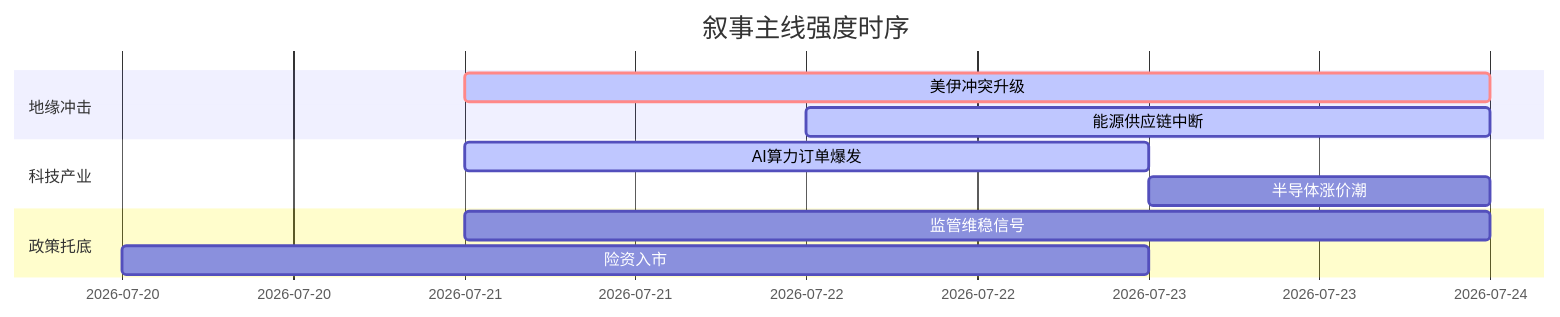
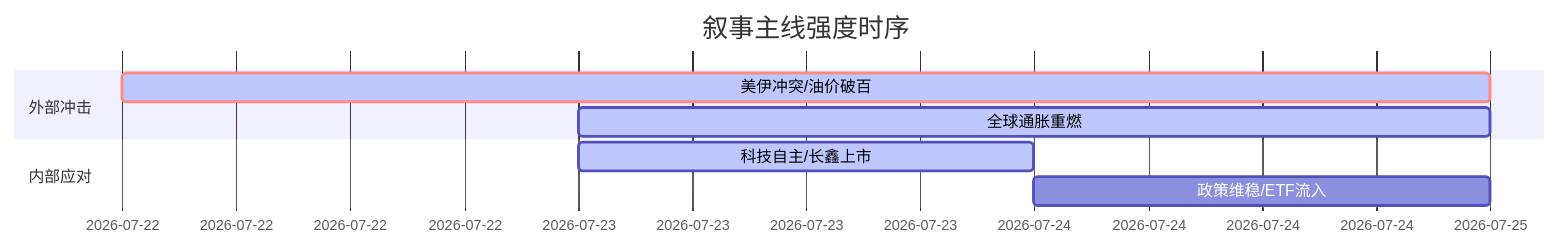
Before and after one commit to uu5zn/uu5zn.github.io: the diagram in 5day_report.md, drawn with Mermaid. The commit also changed other lines of this file and 25 other files, not shown here.

````diff
--- a/5day_report.md
+++ b/5day_report.md
@@ -54,16 +54,12 @@
 ```mermaid
 gantt
     title 叙事主线强度时序
-    dateFormat YYYY-MM-DD
-    section 地缘冲击
-    美伊冲突升级   :crit, active, 2026-07-21, 3d
-    能源供应链中断 :active, 2026-07-22, 2d
+    dateFormat  YYYY-MM-DD
+    section 外部冲击
+    美伊冲突/油价破百   :crit, active, 2026-07-22, 3d
+    全球通胀重燃       :active, 2026-07-23, 2d
     
-    section 科技产业
-    AI算力订单爆发 :active, 2026-07-21, 2d
-    半导体涨价潮   :2026-07-23, 1d
-    
-    section 政策托底
-    监管维稳信号   :2026-07-21, 3d
-    险资入市       :2026-07-20, 3d
+    section 内部应对
+    科技自主/长鑫上市   :active, 2026-07-23, 1d
+    政策维稳/ETF流入   :2026-07-24, 1d
 ```
````
